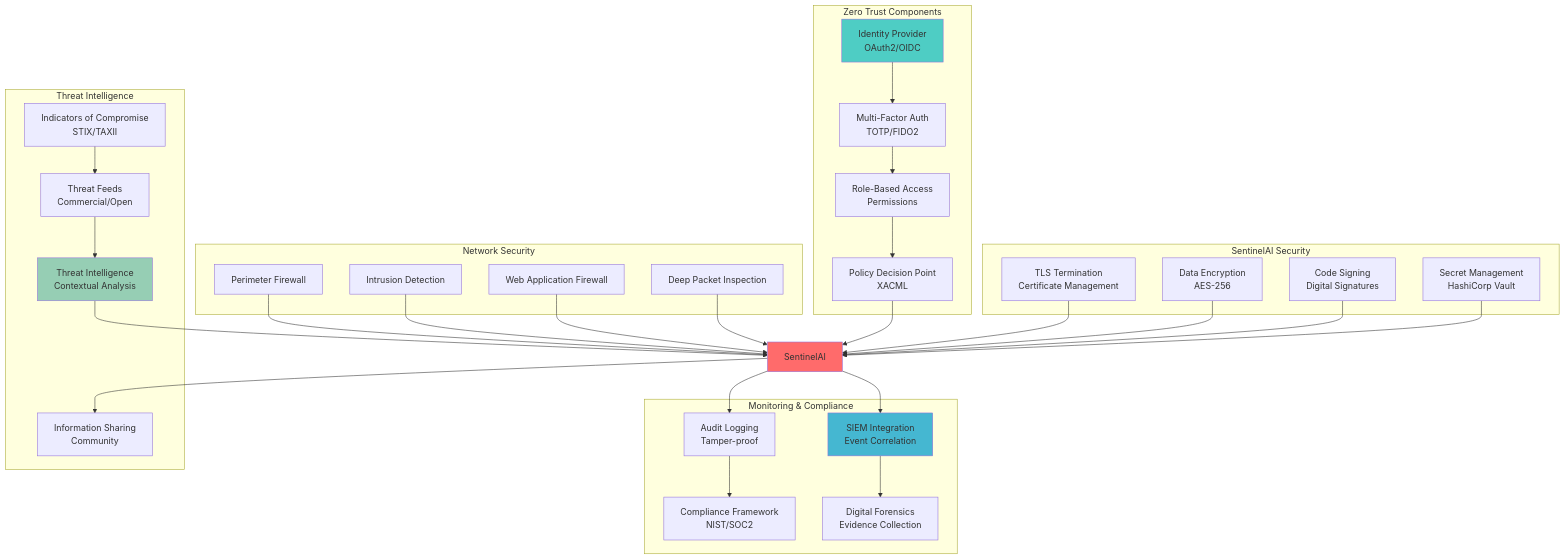
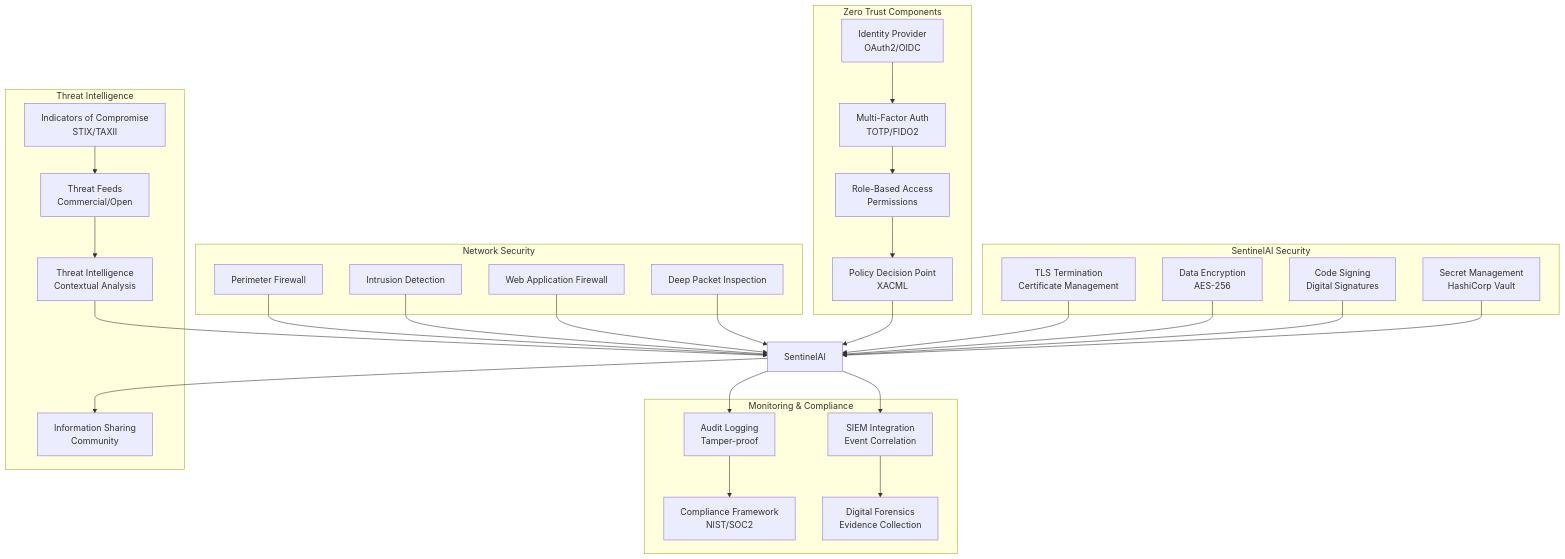
Before and after one commit to sameer693/sentinelai: the eighth of 9 diagrams in docs/diagrams.md, drawn with Mermaid. The commit also changed other lines of this file, not shown here.

````diff
--- a/docs/diagrams.md
+++ b/docs/diagrams.md
@@ -560,72 +526,67 @@
 ```mermaid
 graph TB
     subgraph "Network Security"
         FW[Perimeter Firewall]
         IDS[Intrusion Detection]
         WAF[Web Application Firewall]
         DPI[Deep Packet Inspection]
     end
     
     subgraph "Zero Trust Components"
         IDENTITY[Identity Provider<br/>OAuth2/OIDC]
         MFA[Multi-Factor Auth<br/>TOTP/FIDO2]
         RBAC[Role-Based Access<br/>Permissions]
         POLICY[Policy Decision Point<br/>XACML]
     end
     
     subgraph "SentinelAI Security"
         TLS_TERM[TLS Termination<br/>Certificate Management]
         ENCRYPT[Data Encryption<br/>AES-256]
         SIGN[Code Signing<br/>Digital Signatures]
         VAULT[Secret Management<br/>HashiCorp Vault]
     end
     
     subgraph "Monitoring & Compliance"
         SIEM_INT[SIEM Integration<br/>Event Correlation]
         AUDIT_LOG[Audit Logging<br/>Tamper-proof]
         COMPLIANCE[Compliance Framework<br/>NIST/SOC2]
         FORENSICS[Digital Forensics<br/>Evidence Collection]
     end
     
     subgraph "Threat Intelligence"
         IOC[Indicators of Compromise<br/>STIX/TAXII]
         FEED[Threat Feeds<br/>Commercial/Open]
         INTEL[Threat Intelligence<br/>Contextual Analysis]
         SHARING[Information Sharing<br/>Community]
     end
     
     %% Security Flow
     FW --> SentinelAI
     IDS --> SentinelAI
     WAF --> SentinelAI
     DPI --> SentinelAI
     
     %% Zero Trust Flow
     IDENTITY --> MFA
     MFA --> RBAC
     RBAC --> POLICY
     POLICY --> SentinelAI
     
     %% Internal Security
     TLS_TERM --> SentinelAI
     ENCRYPT --> SentinelAI
     SIGN --> SentinelAI
     VAULT --> SentinelAI
     
     %% Monitoring Integration
     SentinelAI --> SIEM_INT
     SentinelAI --> AUDIT_LOG
     AUDIT_LOG --> COMPLIANCE
     SIEM_INT --> FORENSICS
     
     %% Threat Intelligence
     IOC --> FEED
     FEED --> INTEL
     INTEL --> SentinelAI
     SentinelAI --> SHARING
-    
-    style SentinelAI fill:#ff6b6b
-    style IDENTITY fill:#4ecdc4
-    style SIEM_INT fill:#45b7d1
-    style INTEL fill:#96ceb4
 ```
````
